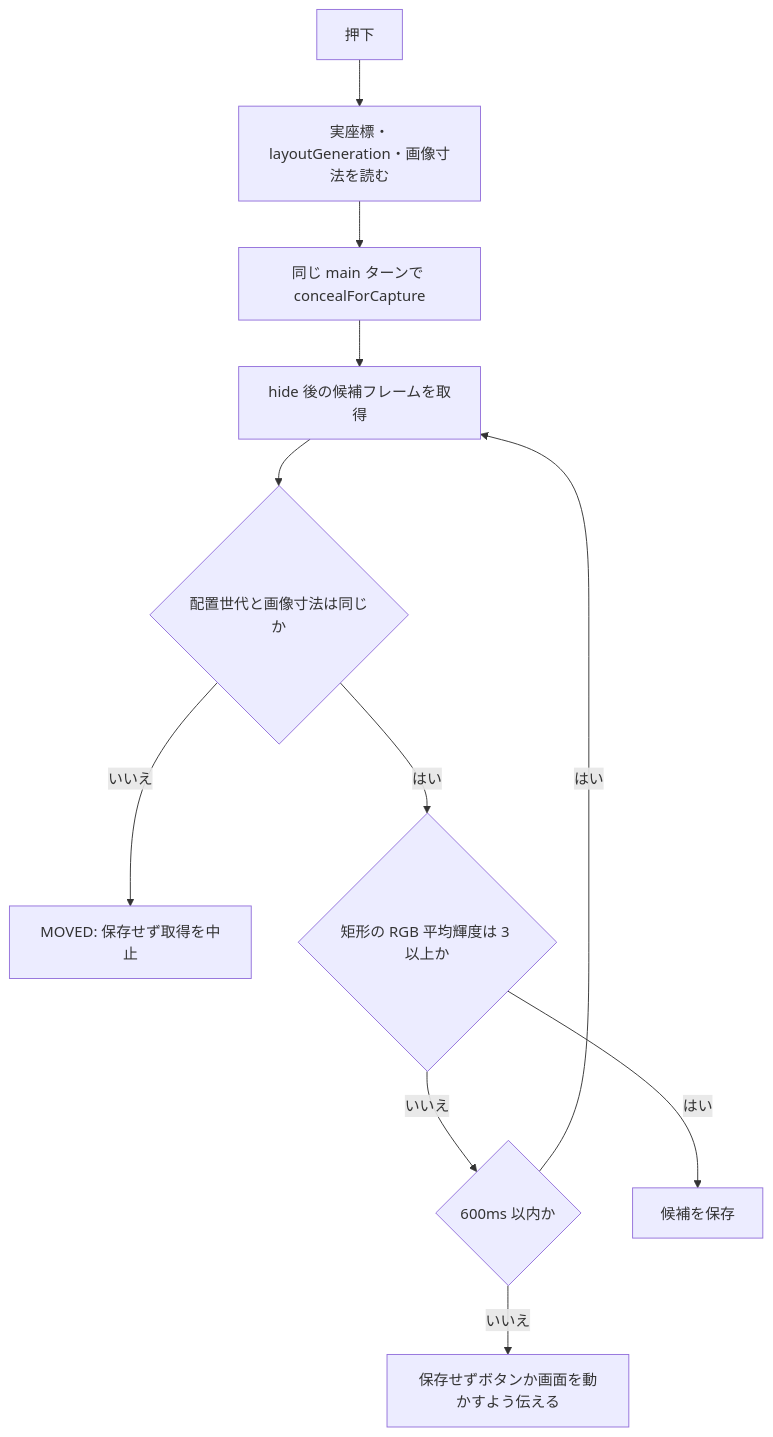
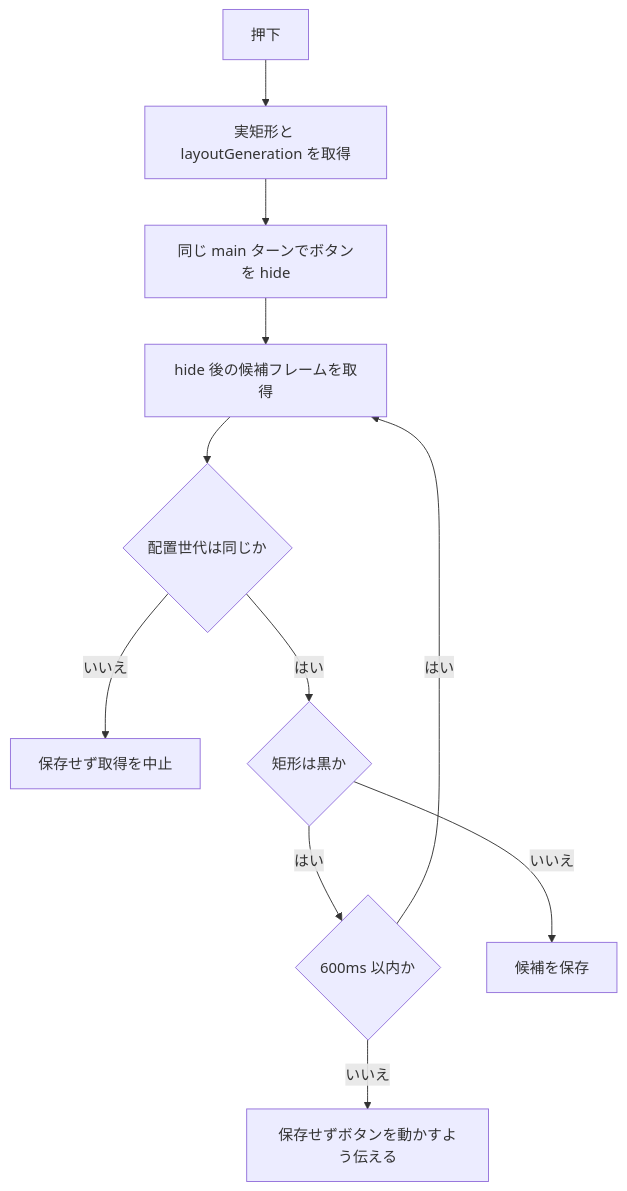
The diagram in docs/adr/0012-overlay-burn-in-black-marker.md (denebola213/hatsu-desk), drawn with Mermaid before and after one commit. The commit also changed other lines of this file and 1 other file, not shown here.

````diff
--- a/docs/adr/0012-overlay-burn-in-black-marker.md
+++ b/docs/adr/0012-overlay-burn-in-black-marker.md
@@ -30,13 +29,13 @@
 ```mermaid
 flowchart TD
-  A["押下"] --> B["実座標・layoutGeneration・画像寸法を読む"]
-  B --> C["同じ main ターンで concealForCapture"]
+  A["押下"] --> B["実矩形と layoutGeneration を取得"]
+  B --> C["同じ main ターンでボタンを hide"]
   C --> D["hide 後の候補フレームを取得"]
-  D --> E{"配置世代と画像寸法は同じか"}
-  E -->|いいえ| X["MOVED: 保存せず取得を中止"]
-  E -->|はい| F{"矩形の RGB 平均輝度は 3 以上か"}
-  F -->|いいえ| G{"600ms 以内か"}
+  D --> E{"配置世代は同じか"}
+  E -->|いいえ| X["保存せず取得を中止"]
+  E -->|はい| F{"矩形は黒か"}
+  F -->|はい| G{"600ms 以内か"}
   G -->|はい| D
-  G -->|いいえ| H["保存せずボタンか画面を動かすよう伝える"]
-  F -->|はい| I["候補を保存"]
+  G -->|いいえ| H["保存せずボタンを動かすよう伝える"]
+  F -->|いいえ| I["候補を保存"]
 ```
````
